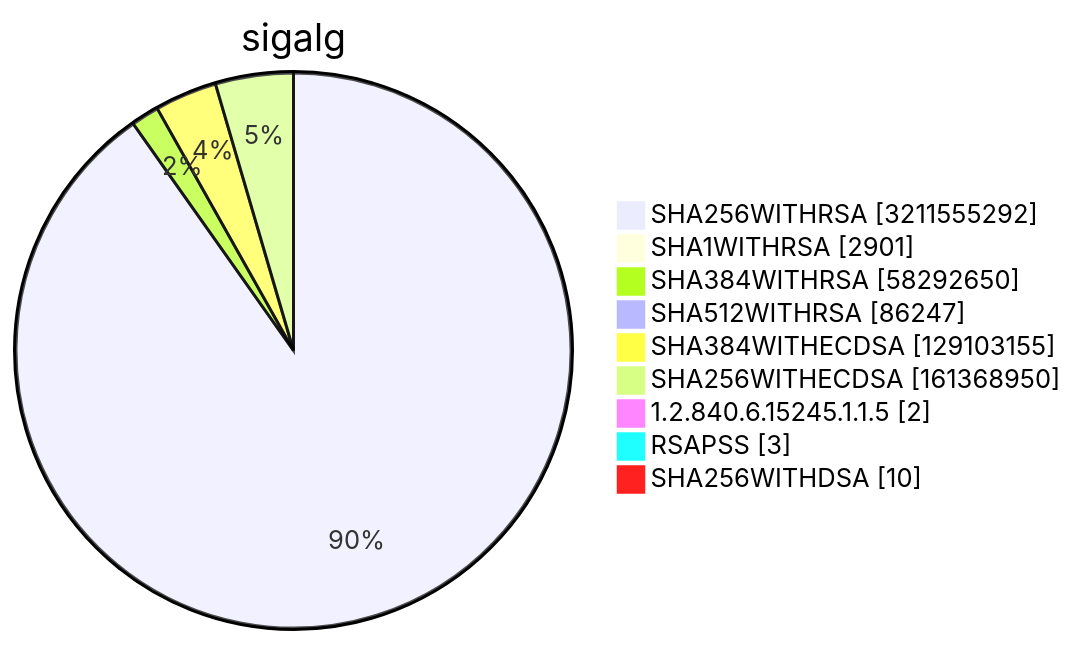
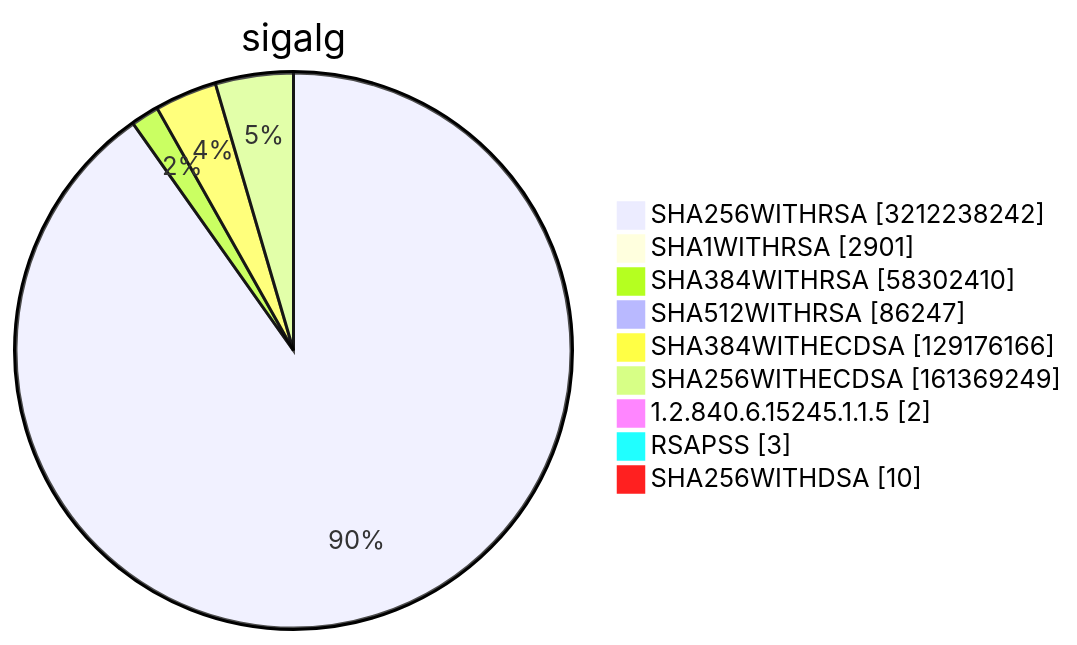
Before and after one commit to christiankrug/ctmonitor_visualization: diagram 15 of 15 in TOTAL/README.md, drawn with Mermaid. The commit also changed other lines of this file, not shown here.

````diff
--- a/TOTAL/README.md
+++ b/TOTAL/README.md
@@ -6217,13 +6217,13 @@
 ```mermaid
 pie showData
 title sigalg
-"SHA256WITHRSA" :3211555292
+"SHA256WITHRSA" :3212238242
 "SHA1WITHRSA" :2901
-"SHA384WITHRSA" :58292650
+"SHA384WITHRSA" :58302410
 "SHA512WITHRSA" :86247
-"SHA384WITHECDSA" :129103155
-"SHA256WITHECDSA" :161368950
+"SHA384WITHECDSA" :129176166
+"SHA256WITHECDSA" :161369249
 "1.2.840.6.15245.1.1.5" :2
 "RSAPSS" :3
 "SHA256WITHDSA" :10
 ```
````
